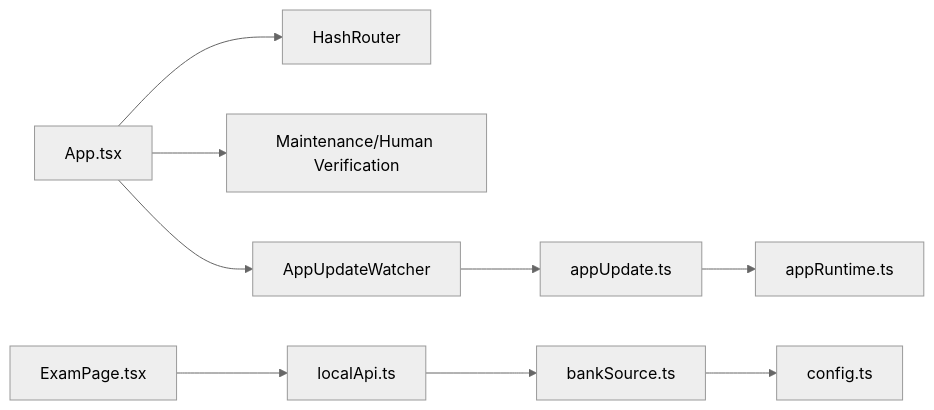
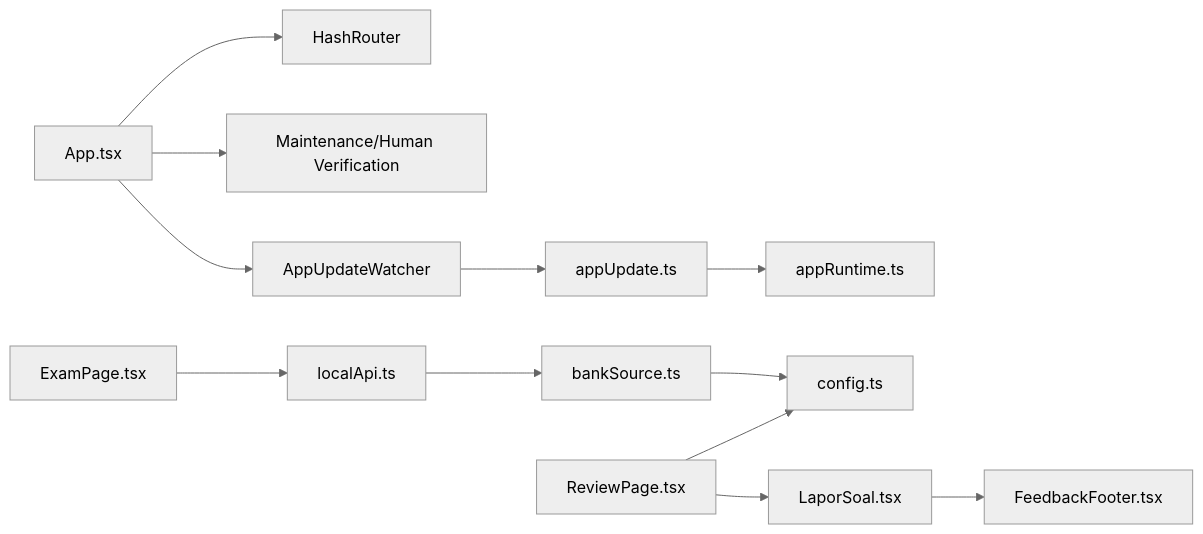
The eighth of 8 diagrams in .qoder/repowiki/en/content/Architecture Overview/Offline App Architecture/Offline App Architecture.md (muhammadhabibullah/tbs-lpdp), drawn with Mermaid (neutral theme) before and after one commit. The commit also changed other lines of this file and 88 other files, not shown here.

````diff
--- a/.qoder/repowiki/en/content/Architecture Overview/Offline App Architecture/Offline App Architecture.md
+++ b/.qoder/repowiki/en/content/Architecture Overview/Offline App Architecture/Offline App Architecture.md
@@ -321,11 +387,14 @@
 ```mermaid
 graph LR
 App["App.tsx"] --> Router["HashRouter"]
 App --> Gates["Maintenance/Human Verification"]
 App --> UpdateWatch["AppUpdateWatcher"]
 Exam["ExamPage.tsx"] --> LocalAPI["localApi.ts"]
 LocalAPI --> BankSrc["bankSource.ts"]
 UpdateWatch --> UpdateMod["appUpdate.ts"]
 UpdateMod --> Runtime["appRuntime.ts"]
 BankSrc --> Config["config.ts"]
+LaporSoal["LaporSoal.tsx"] --> Feedback["FeedbackFooter.tsx"]
+ReviewPage["ReviewPage.tsx"] --> LaporSoal
+ReviewPage --> Config
 ```
````
